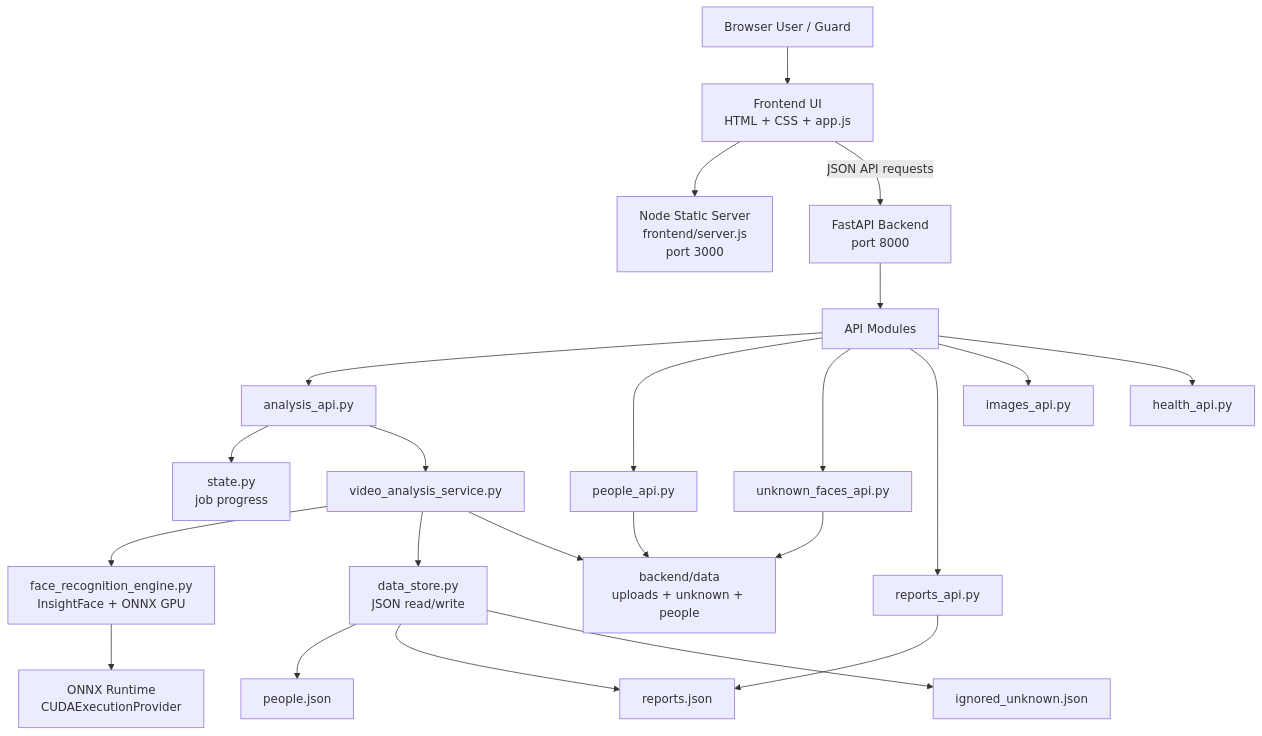
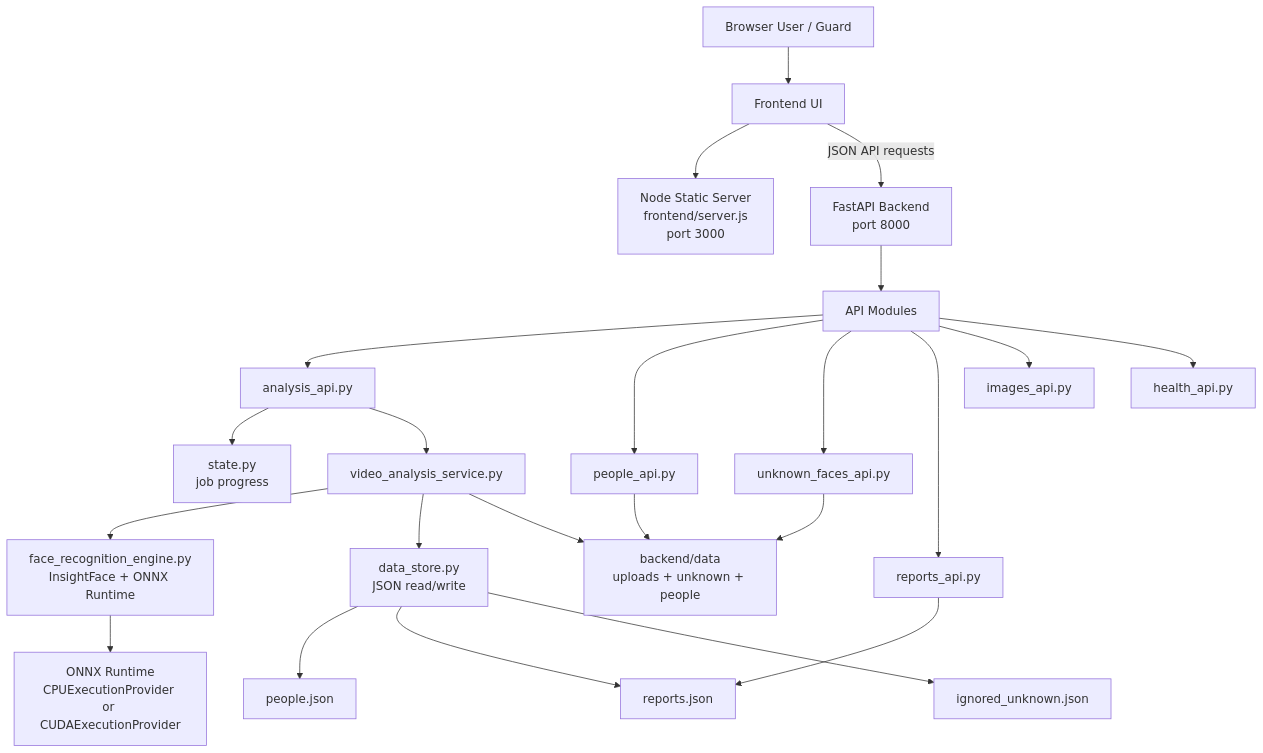
The diagram in README.md (Abdulla6756/SecureSight-Vision), drawn with Mermaid before and after one commit. The commit also changed other lines of this file, not shown here.

````diff
--- a/README.md
+++ b/README.md
@@ -151,28 +221,28 @@
 ```mermaid
 flowchart TD
-    User[Browser User / Guard] --> UI[Frontend UI\nHTML + CSS + app.js]
-    UI --> Node[Node Static Server\nfrontend/server.js\nport 3000]
-    UI -->|JSON API requests| API[FastAPI Backend\nport 8000]
+    User[Browser User / Guard] --> UI[Frontend UI]
+    UI --> Node[Node Static Server<br/>frontend/server.js<br/>port 3000]
+    UI -->|JSON API requests| API[FastAPI Backend<br/>port 8000]
 
     API --> Routes[API Modules]
     Routes --> AnalysisAPI[analysis_api.py]
     Routes --> PeopleAPI[people_api.py]
     Routes --> UnknownAPI[unknown_faces_api.py]
     Routes --> ReportsAPI[reports_api.py]
     Routes --> ImagesAPI[images_api.py]
     Routes --> HealthAPI[health_api.py]
 
-    AnalysisAPI --> Jobs[state.py\njob progress]
+    AnalysisAPI --> Jobs[state.py<br/>job progress]
     AnalysisAPI --> VideoService[video_analysis_service.py]
-    VideoService --> FaceEngine[face_recognition_engine.py\nInsightFace + ONNX GPU]
-    VideoService --> Store[data_store.py\nJSON read/write]
-    VideoService --> DataFolders[backend/data\nuploads + unknown + people]
+    VideoService --> FaceEngine[face_recognition_engine.py<br/>InsightFace + ONNX Runtime]
+    VideoService --> Store[data_store.py<br/>JSON read/write]
+    VideoService --> DataFolders[backend/data<br/>uploads + unknown + people]
 
-    FaceEngine --> ORT[ONNX Runtime\nCUDAExecutionProvider]
+    FaceEngine --> ORT[ONNX Runtime<br/>CPUExecutionProvider or CUDAExecutionProvider]
     Store --> PeopleJson[people.json]
     Store --> ReportsJson[reports.json]
     Store --> IgnoredJson[ignored_unknown.json]
     PeopleAPI --> DataFolders
     UnknownAPI --> DataFolders
     ReportsAPI --> ReportsJson
 ```
````
